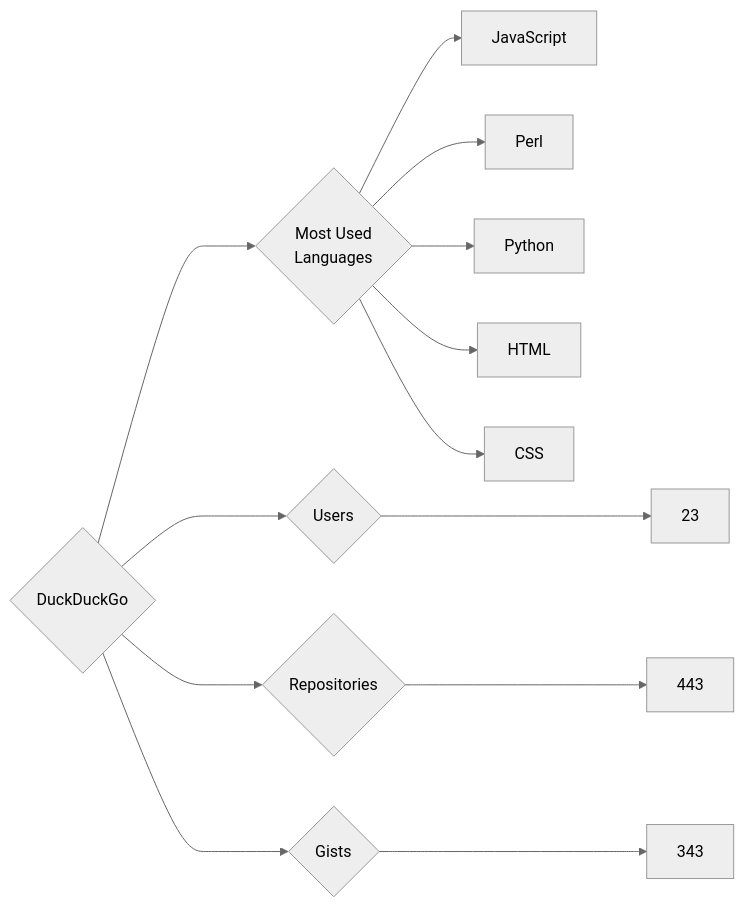
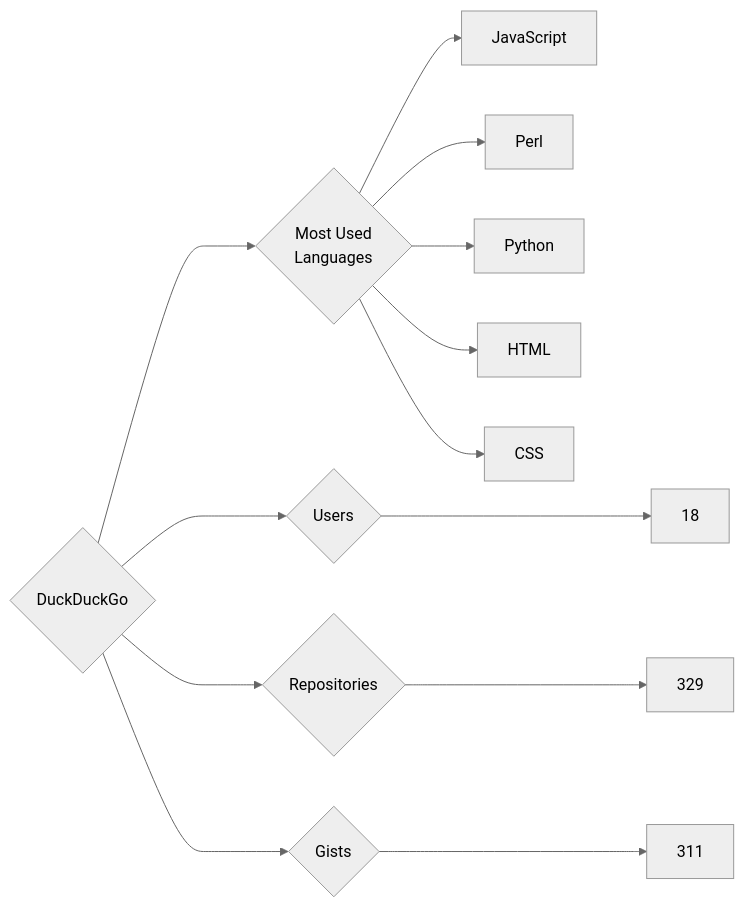
The diagram in targets/DuckDuckGo/README.md (trickest/insiders), drawn with Mermaid (neutral theme) before and after one commit. The commit also changed 745 other files, not shown here.

````diff
--- a/targets/DuckDuckGo/README.md
+++ b/targets/DuckDuckGo/README.md
@@ -3,13 +3,13 @@
 ```mermaid
 graph LR
 COMPANY_NAME{DuckDuckGo}
-COMPANY_NAME ---> U{Users} ---> UN[23]
-COMPANY_NAME ---> R{Repositories} ---> RN[443]
-COMPANY_NAME ---> G{Gists} ---> GN[343]
+COMPANY_NAME ---> U{Users} ---> UN[18]
+COMPANY_NAME ---> R{Repositories} ---> RN[329]
+COMPANY_NAME ---> G{Gists} ---> GN[311]
 COMPANY_NAME ---> ML{Most Used<br>Languages}
 ML --> JavaScript[JavaScript]
 ML --> Perl[Perl]
 ML --> Python[Python]
 ML --> HTML[HTML]
 ML --> CSS[CSS]
 ```
````
